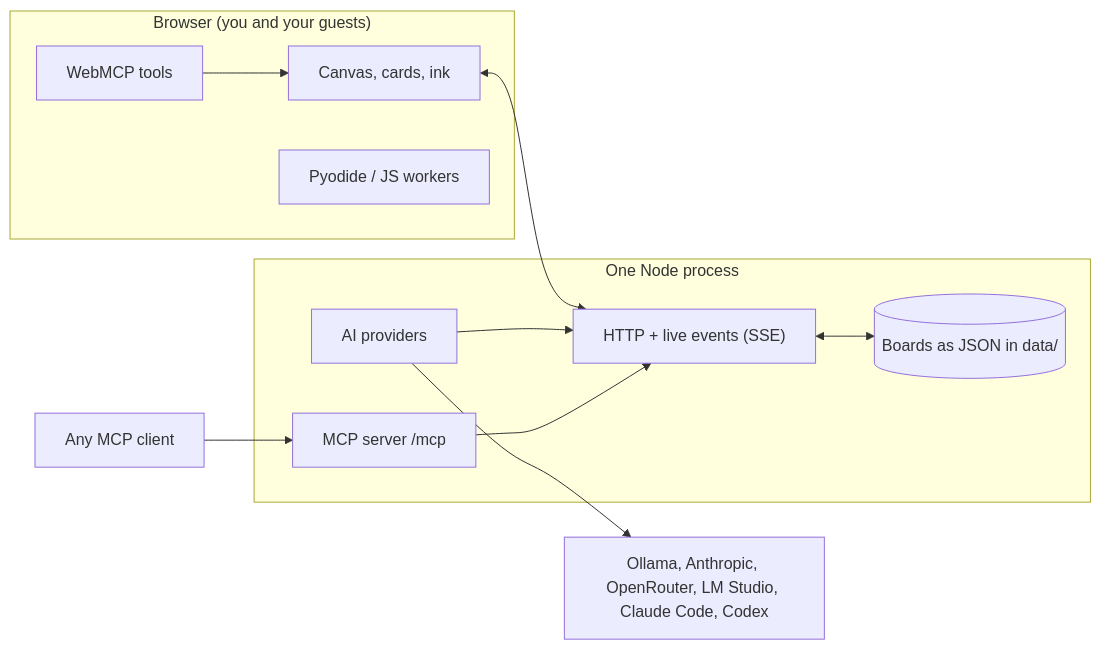
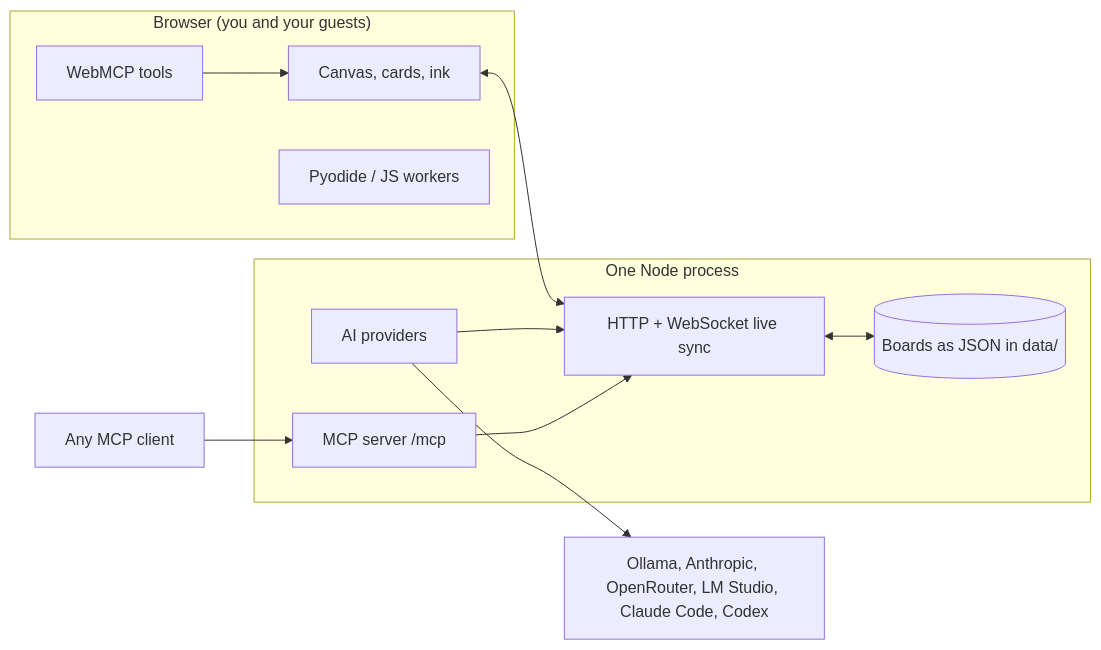
The diagram in README.md (real-kijmoshi/quanta), drawn with Mermaid before and after one commit. The commit also changed other lines of this file and 17 other files, not shown here.

Commit message:
Release Quanta 0.13.0 with WebSocket collaboration

````diff
--- a/README.md
+++ b/README.md
@@ -234,21 +237,21 @@
 ```mermaid
 flowchart LR
     subgraph Browser["Browser (you and your guests)"]
         UI["Canvas, cards, ink"]
         PY["Pyodide / JS workers"]
         WM["WebMCP tools"]
     end
     subgraph Host["One Node process"]
-        API["HTTP + live events (SSE)"]
+        API["HTTP + WebSocket live sync"]
         ST[("Boards as JSON in data/")]
         AI["AI providers"]
         MCP["MCP server /mcp"]
     end
     UI <--> API
     API <--> ST
     AI --> API
     MCP --> API
     WM --> UI
     Agents["Any MCP client"] --> MCP
     AI --> Models["Ollama, Anthropic, OpenRouter, LM Studio, Claude Code, Codex"]
 ```
````
